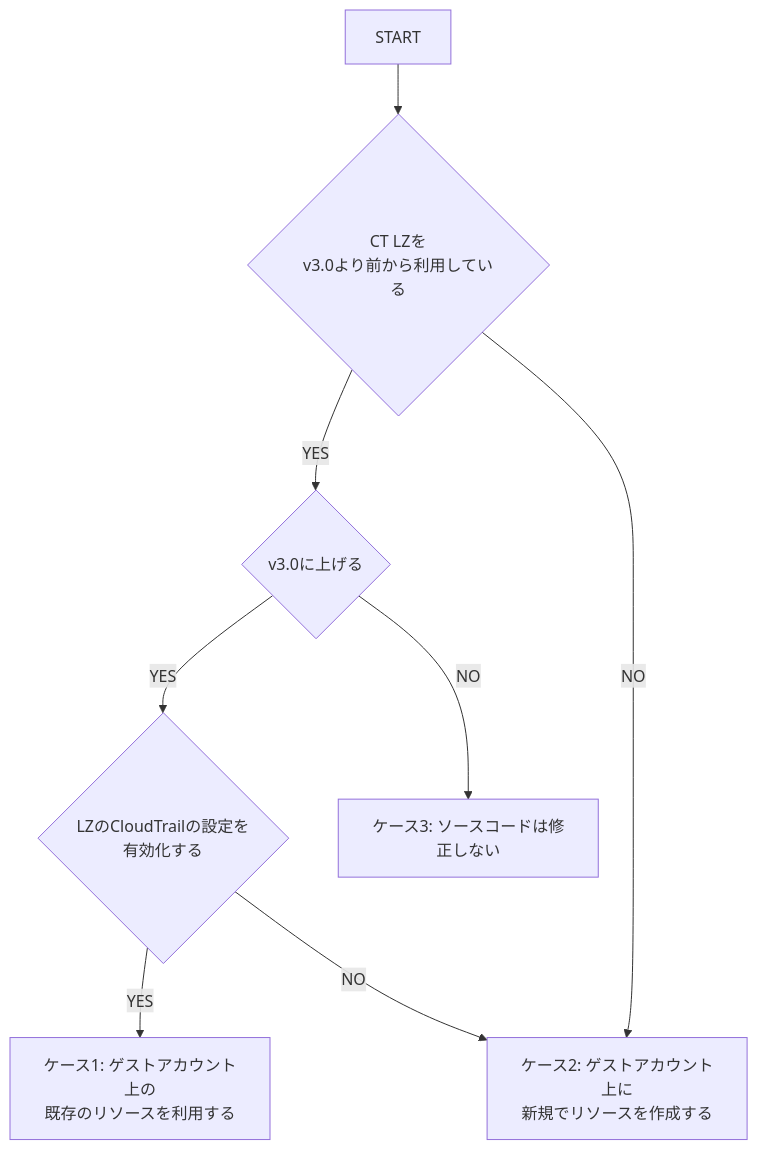
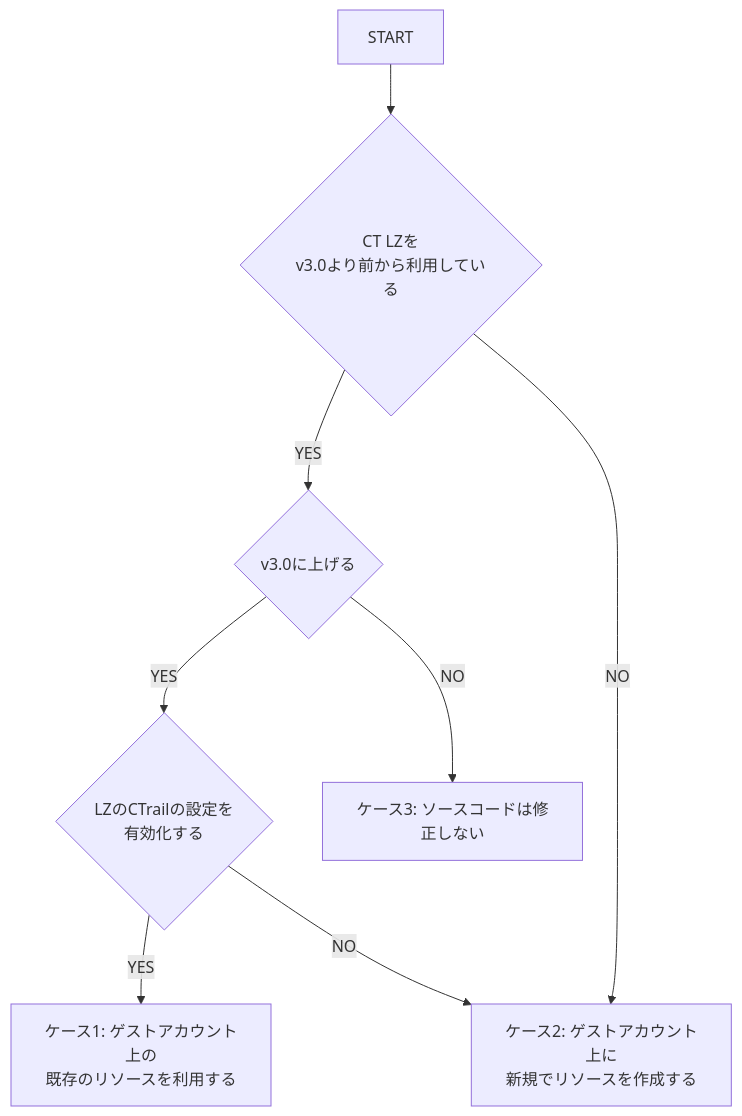
One commit to aws-samples/baseline-environment-on-aws changed the diagram in usecases/base-ct-guest/README_ja.md. Above: the diagram before and after it, drawn with Mermaid. The commit also changed other lines of this file, not shown here.

````diff
--- a/usecases/base-ct-guest/README_ja.md
+++ b/usecases/base-ct-guest/README_ja.md
@@ -25,10 +31,10 @@
 ```mermaid
 flowchart TD
 A[START] --> B{CT LZを<br>v3.0より前から利用している}
 B -->|YES| C{v3.0に上げる}
-C -->|YES| D{LZのCloudTrailの設定を<br>有効化する}
+C -->|YES| D{LZのCTrailの設定を<br>有効化する}
 C -->|NO| E[ケース3: ソースコードは修正しない]
 D -->|YES| F[ケース1: ゲストアカウント上の<br>既存のリソースを利用する]
 D -->|NO| G[ケース2: ゲストアカウント上に<br>新規でリソースを作成する]
 B -->|NO| G
 ```
````
